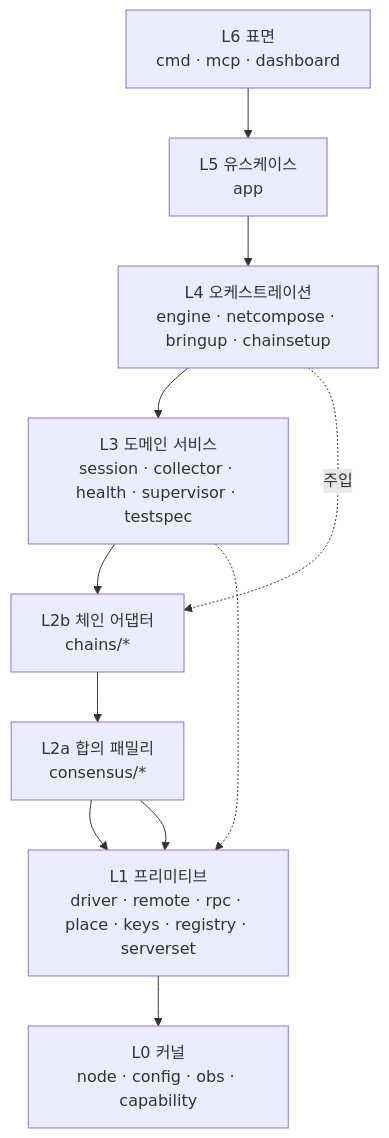
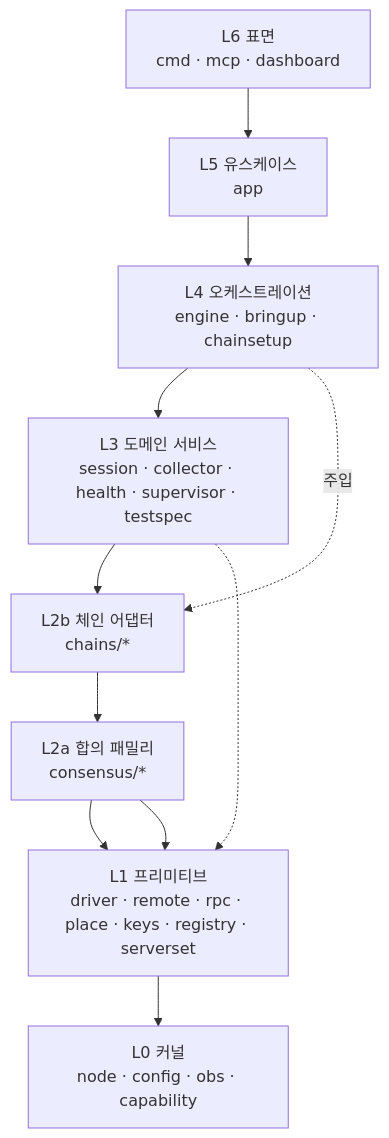
One commit to 0xmhha/chainbench changed the diagram in docs/dev/architecture/layers.md. Above: the diagram before and after it, drawn with Mermaid. The commit also changed other lines of this file and 26 other files, not shown here.

````diff
--- a/docs/dev/architecture/layers.md
+++ b/docs/dev/architecture/layers.md
@@ -62,16 +62,16 @@
 ```mermaid
 flowchart TD
     L6["L6 표면<br/>cmd · mcp · dashboard"]
     L5["L5 유스케이스<br/>app"]
-    L4["L4 오케스트레이션<br/>engine · netcompose · bringup · chainsetup"]
+    L4["L4 오케스트레이션<br/>engine · bringup · chainsetup"]
     L3["L3 도메인 서비스<br/>session · collector · health · supervisor · testspec"]
     L2b["L2b 체인 어댑터<br/>chains/*"]
     L2a["L2a 합의 패밀리<br/>consensus/*"]
     L1["L1 프리미티브<br/>driver · remote · rpc · place · keys · registry · serverset"]
     L0["L0 커널<br/>node · config · obs · capability"]
 
     L6 --> L5 --> L4 --> L3 --> L2b --> L2a --> L1 --> L0
     L4 -.주입.-> L2b
     L3 -.-> L1
     L2a --> L1
 ```
````
